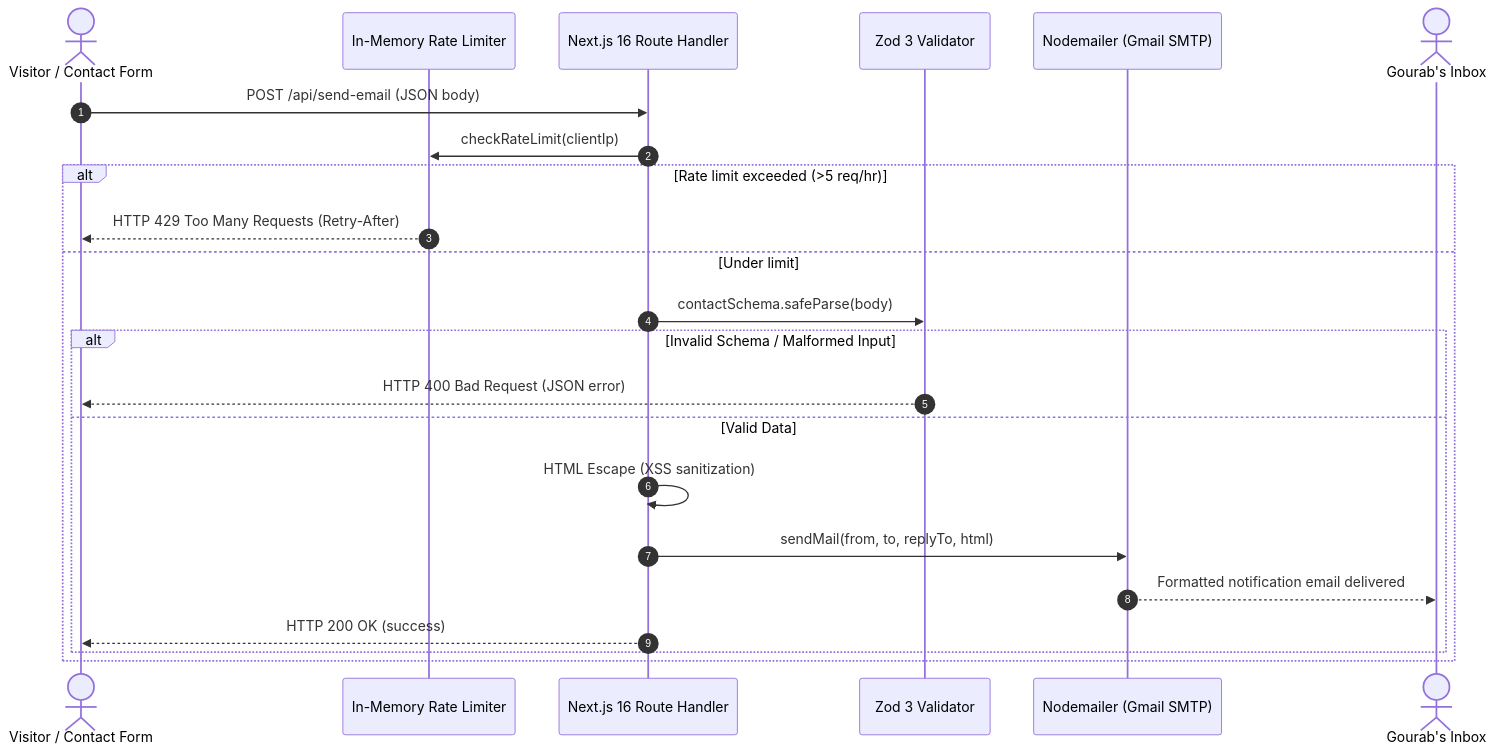
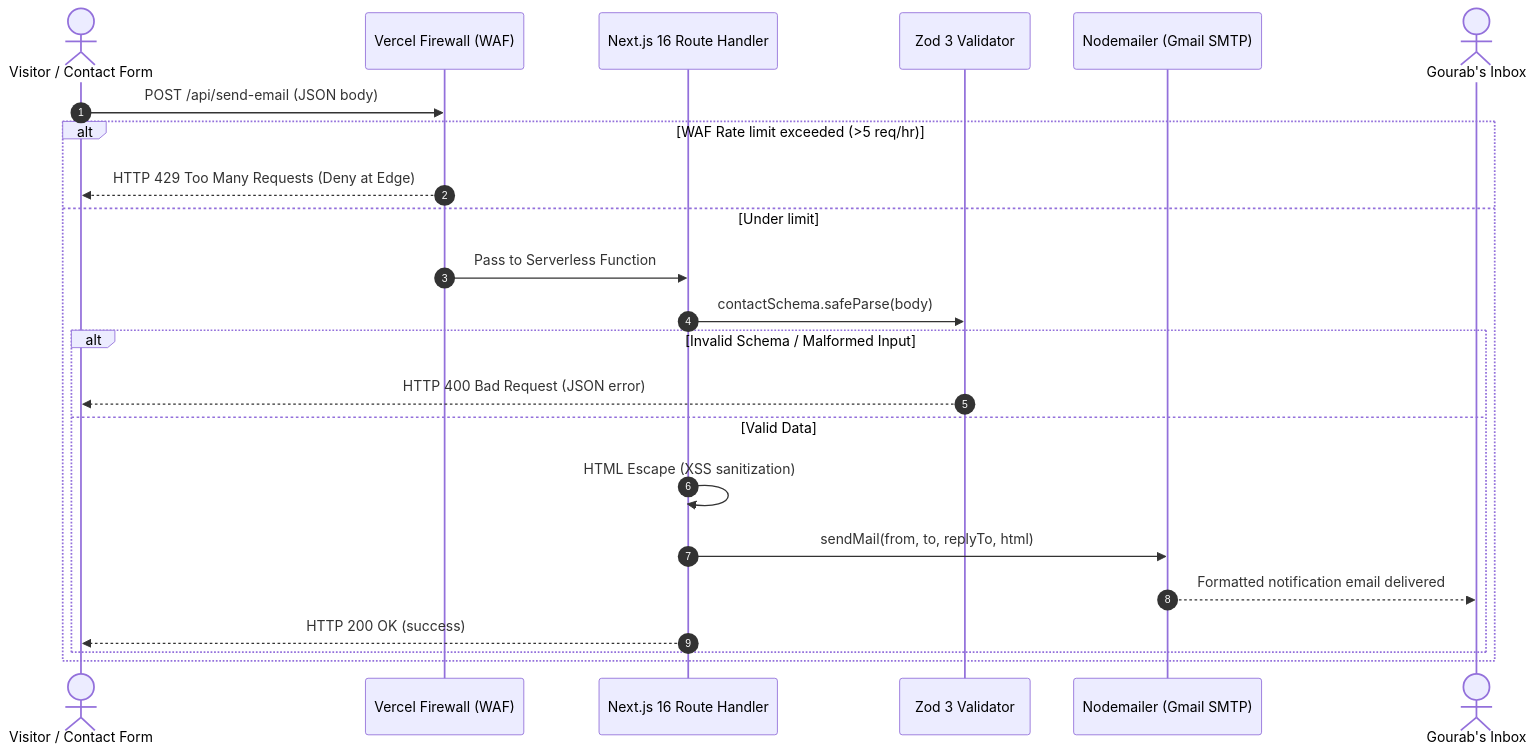
The diagram in docs/api/contact-email.md (assignment-sets/portfolio), drawn with Mermaid before and after one commit. The commit also changed other lines of this file and 3 other files, not shown here.

First line of the commit message:
docs(security): document rate limiting, Vercel WAF, botnet trap, and quota limits

````diff
--- a/docs/api/contact-email.md
+++ b/docs/api/contact-email.md
@@ -11,26 +11,26 @@
 ```mermaid
 sequenceDiagram
     autonumber
     actor Visitor as Visitor / Contact Form
-    participant Limiter as In-Memory Rate Limiter
+    participant WAF as Vercel Firewall (WAF)
     participant Route as Next.js 16 Route Handler
     participant Zod as Zod 3 Validator
     participant SMTP as Nodemailer (Gmail SMTP)
     actor Inbox as Gourab's Inbox
 
-    Visitor->>Route: POST /api/send-email (JSON body)
-    Route->>Limiter: checkRateLimit(clientIp)
-    alt Rate limit exceeded (>5 req/hr)
-        Limiter-->>Visitor: HTTP 429 Too Many Requests (Retry-After)
+    Visitor->>WAF: POST /api/send-email (JSON body)
+    alt WAF Rate limit exceeded (>5 req/hr)
+        WAF-->>Visitor: HTTP 429 Too Many Requests (Deny at Edge)
     else Under limit
+        WAF->>Route: Pass to Serverless Function
         Route->>Zod: contactSchema.safeParse(body)
         alt Invalid Schema / Malformed Input
             Zod-->>Visitor: HTTP 400 Bad Request (JSON error)
         else Valid Data
             Route->>Route: HTML Escape (XSS sanitization)
             Route->>SMTP: sendMail(from, to, replyTo, html)
             SMTP-->>Inbox: Formatted notification email delivered
             Route-->>Visitor: HTTP 200 OK (success)
         end
     end
 ```
````
